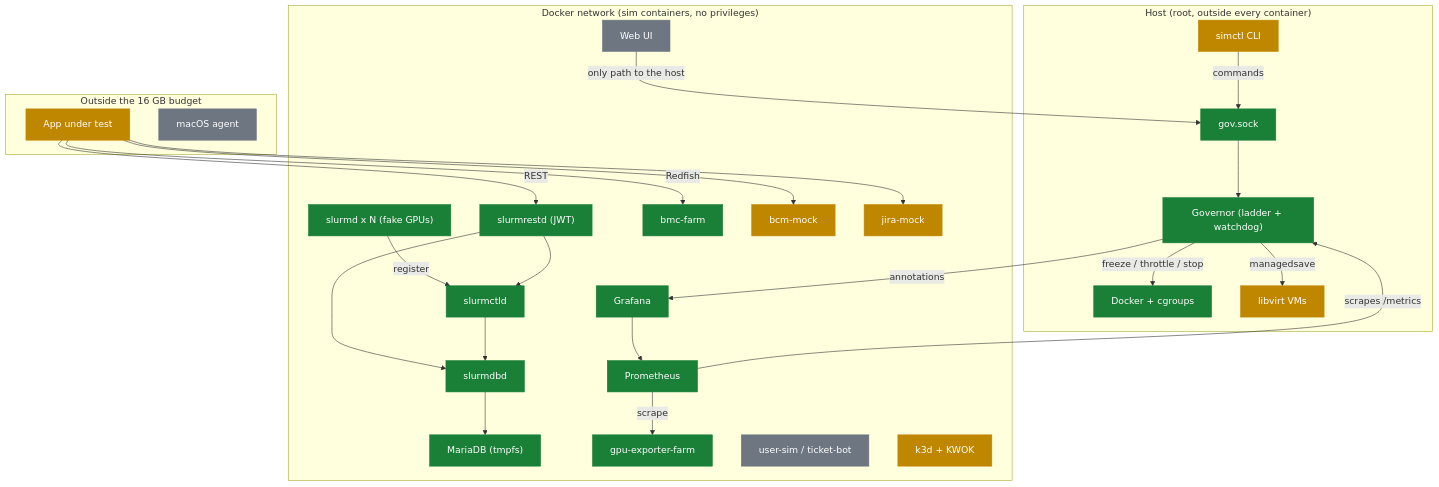
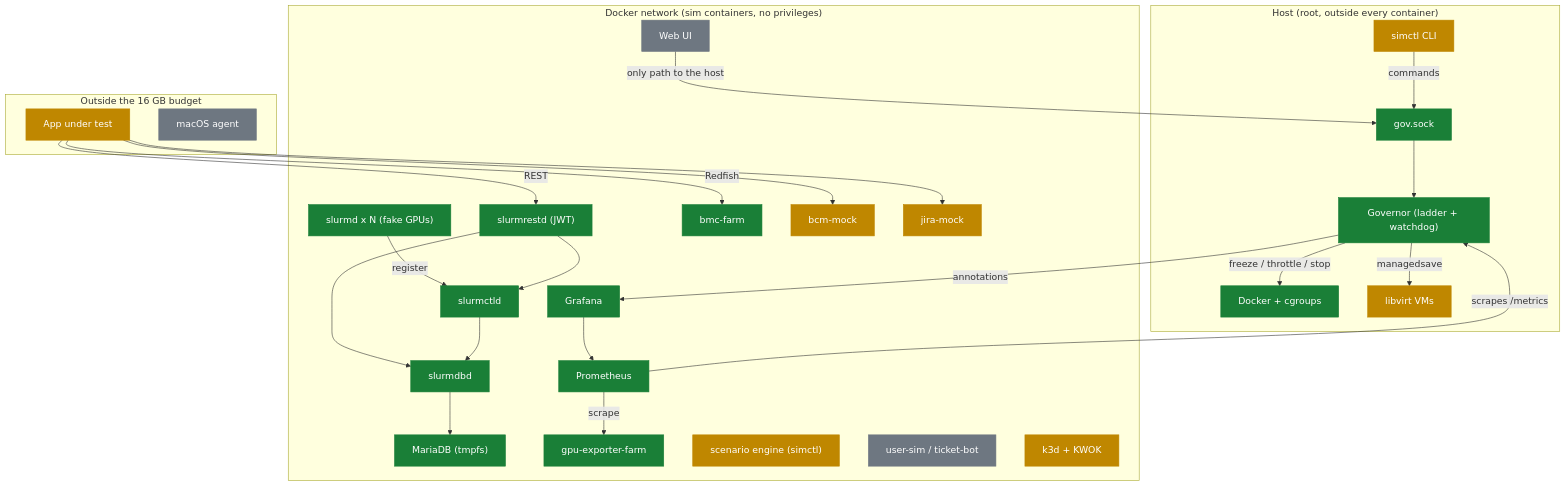
One commit to AhmedYousriSobhi/workbench changed the second of 2 diagrams in docs/PROGRESS.md. Above: the diagram before and after it, drawn with Mermaid. The commit also changed other lines of this file and 15 other files, not shown here.

First line of the commit message:
feat: scenario engine, simctl scenario list|run (#72)

````diff
--- a/docs/PROGRESS.md
+++ b/docs/PROGRESS.md
@@ -32,52 +32,53 @@
 ```mermaid
 flowchart TB
     subgraph host["Host (root, outside every container)"]
         simctl["simctl CLI"]:::partial
         gov["Governor (ladder + watchdog)"]:::done
         sock["gov.sock"]:::done
         docker["Docker + cgroups"]:::done
         libvirt["libvirt VMs"]:::partial
     end
     subgraph net["Docker network (sim containers, no privileges)"]
         ctld["slurmctld"]:::done
         slurmd["slurmd x N (fake GPUs)"]:::done
         restd["slurmrestd (JWT)"]:::done
         dbd["slurmdbd"]:::done
         maria["MariaDB (tmpfs)"]:::done
         prom["Prometheus"]:::done
         graf["Grafana"]:::done
         gpux["gpu-exporter-farm"]:::done
         bmc["bmc-farm"]:::done
         bcm["bcm-mock"]:::partial
         jira["jira-mock"]:::partial
+        chaos["scenario engine (simctl)"]:::partial
         users["user-sim / ticket-bot"]:::todo
         k8s["k3d + KWOK"]:::partial
         webui["Web UI"]:::todo
     end
     subgraph ext["Outside the 16 GB budget"]
         app["App under test"]:::partial
         mac["macOS agent"]:::todo
     end
     simctl -->|"commands"| sock
     sock --> gov
     gov -->|"freeze / throttle / stop"| docker
     gov -->|"managedsave"| libvirt
     prom -->|"scrapes /metrics"| gov
     gov -->|"annotations"| graf
     slurmd -->|"register"| ctld
     restd --> ctld
     restd --> dbd
     ctld --> dbd
     dbd --> maria
     prom -->|"scrape"| gpux
     graf --> prom
     webui -->|"only path to the host"| sock
     app -->|"REST"| restd
     app -->|"Redfish"| bmc
     app --> bcm
     app --> jira
     classDef done fill:#1a7f37,stroke:#1a7f37,color:#fff
     classDef review fill:#0969da,stroke:#0969da,color:#fff
     classDef partial fill:#bf8700,stroke:#bf8700,color:#fff
     classDef todo fill:#6e7781,stroke:#6e7781,color:#fff
 ```
````
